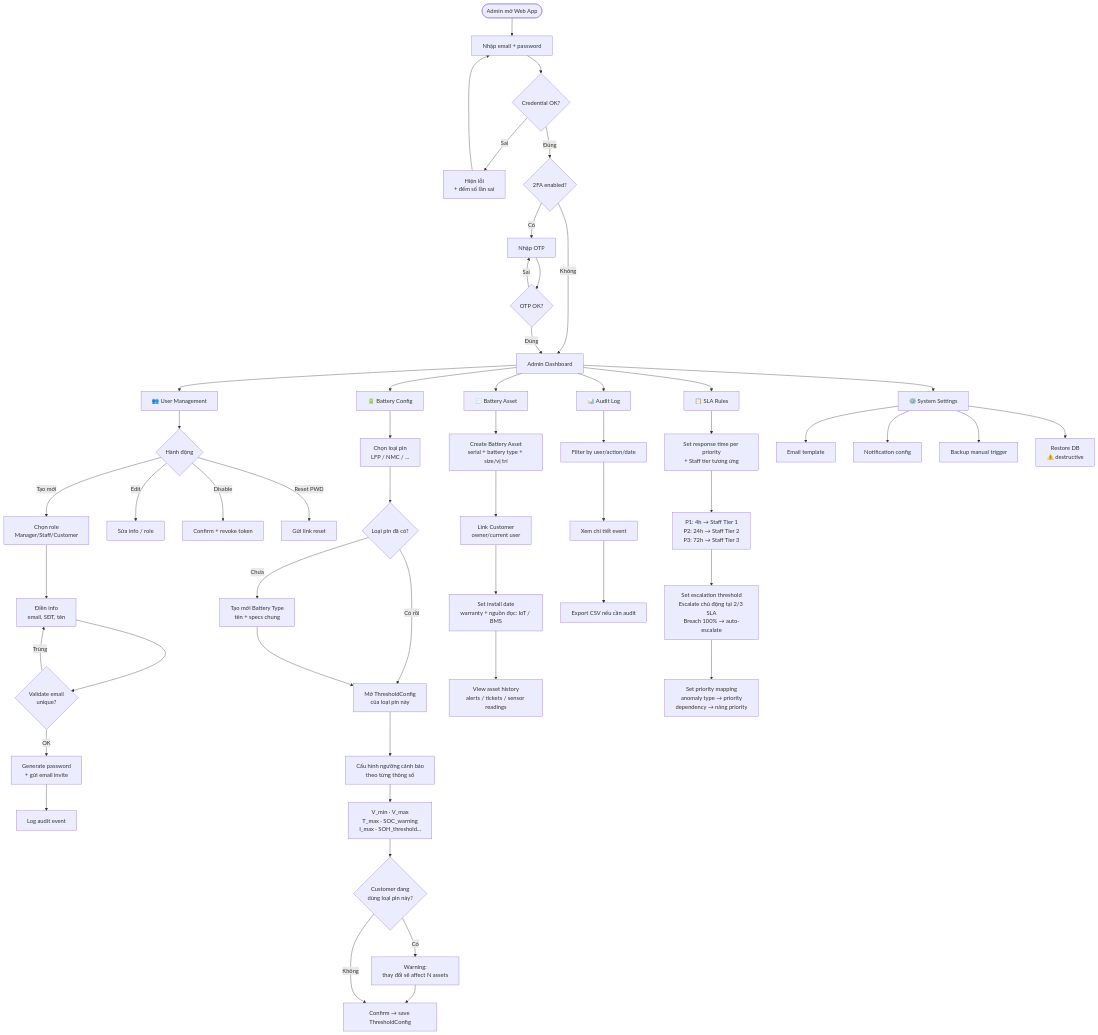
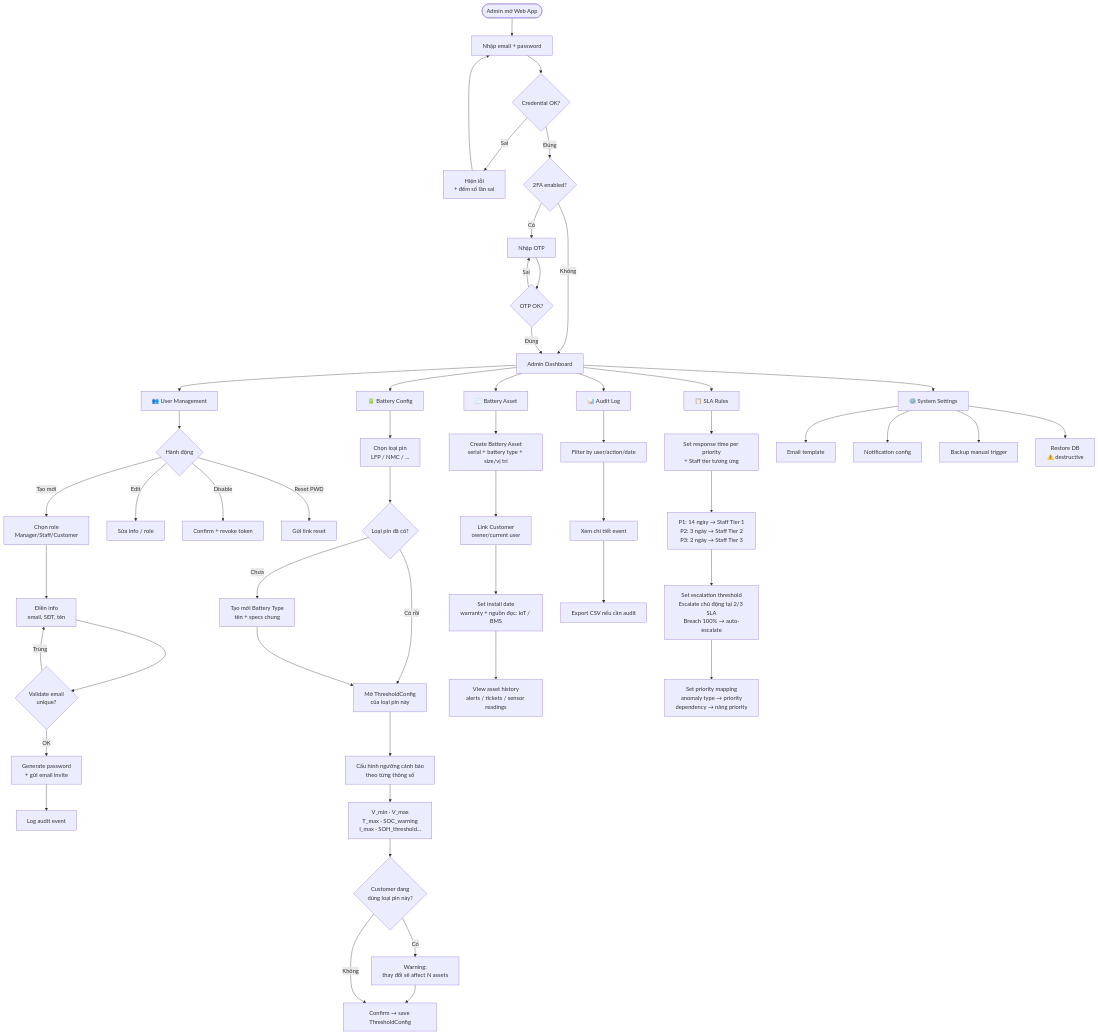
The fifth of 8 diagrams in .claude/docs/core-business-flow.md (GSU26SE55/backend), drawn with Mermaid before and after one commit. The commit also changed other lines of this file and 21 other files, not shown here.

````diff
--- a/.claude/docs/core-business-flow.md
+++ b/.claude/docs/core-business-flow.md
@@ -361,61 +361,61 @@
 ```mermaid
 flowchart TD
     Start([Admin mở Web App]) --> L1[Nhập email + password]
     L1 --> L2{Credential OK?}
     L2 -->|Sai| L3[Hiện lỗi<br/>+ đếm số lần sai] --> L1
     L2 -->|Đúng| L4{2FA enabled?}
     L4 -->|Có| L5[Nhập OTP]
     L4 -->|Không| Dashboard
     L5 --> L6{OTP OK?}
     L6 -->|Sai| L5
     L6 -->|Đúng| Dashboard[Admin Dashboard]
 
     Dashboard --> T1[👥 User Management]
     Dashboard --> T2[🔋 Battery Config]
     Dashboard --> T6[🧾 Battery Asset]
     Dashboard --> T3[📋 SLA Rules]
     Dashboard --> T4[📊 Audit Log]
     Dashboard --> T5[⚙️ System Settings]
 
     T1 --> U1{Hành động}
     U1 -->|Tạo mới| U2[Chọn role<br/>Manager/Staff/Customer]
     U2 --> U3[Điền info<br/>email, SĐT, tên]
     U3 --> U4{Validate email<br/>unique?}
     U4 -->|Trùng| U3
     U4 -->|OK| U5[Generate password<br/>+ gửi email invite]
     U5 --> U6[Log audit event]
     U1 -->|Edit| U7[Sửa info / role]
     U1 -->|Disable| U8[Confirm + revoke token]
     U1 -->|Reset PWD| U9[Gửi link reset]
 
     T2 --> B1[Chọn loại pin<br/>LFP / NMC / ...]
     B1 --> B1b{Loại pin đã có?}
     B1b -->|Chưa| B1c[Tạo mới Battery Type<br/>tên + specs chung]
     B1b -->|Có rồi| B2
     B1c --> B2[Mở ThresholdConfig<br/>của loại pin này]
     B2 --> B3[Cấu hình ngưỡng cảnh báo<br/>theo từng thông số]
     B3 --> B4[V_min · V_max<br/>T_max · SOC_warning<br/>I_max · SOH_threshold...]
     B4 --> B5{Customer đang<br/>dùng loại pin này?}
     B5 -->|Có| B6[Warning:<br/>thay đổi sẽ affect N assets]
     B6 --> B7[Confirm → save ThresholdConfig]
     B5 -->|Không| B7
 
     T6 --> BA1[Create Battery Asset<br/>serial + battery type + size/vị trí]
     BA1 --> BA2[Link Customer<br/>owner/current user]
     BA2 --> BA3[Set install date<br/>warranty + nguồn đọc: IoT / BMS]
     BA3 --> BA4[View asset history<br/>alerts / tickets / sensor readings]
 
     T3 --> SR1[Set response time per priority<br/>+ Staff tier tương ứng]
-    SR1 --> SR2[P1: 4h → Staff Tier 1<br/>P2: 24h → Staff Tier 2<br/>P3: 72h → Staff Tier 3]
+    SR1 --> SR2[P1: 14 ngày → Staff Tier 1<br/>P2: 3 ngày → Staff Tier 2<br/>P3: 2 ngày → Staff Tier 3]
     SR2 --> SR3[Set escalation threshold<br/>Escalate chủ động tại 2/3 SLA<br/>Breach 100% → auto-escalate]
     SR3 --> SR4[Set priority mapping<br/>anomaly type → priority<br/>dependency → nâng priority]
 
     T4 --> AL1[Filter by user/action/date]
     AL1 --> AL2[Xem chi tiết event]
     AL2 --> AL3[Export CSV nếu cần audit]
 
     T5 --> SY1[Email template]
     T5 --> SY2[Notification config]
     T5 --> SY3[Backup manual trigger]
     T5 --> SY4[Restore DB<br/>⚠️ destructive]
 ```
````
